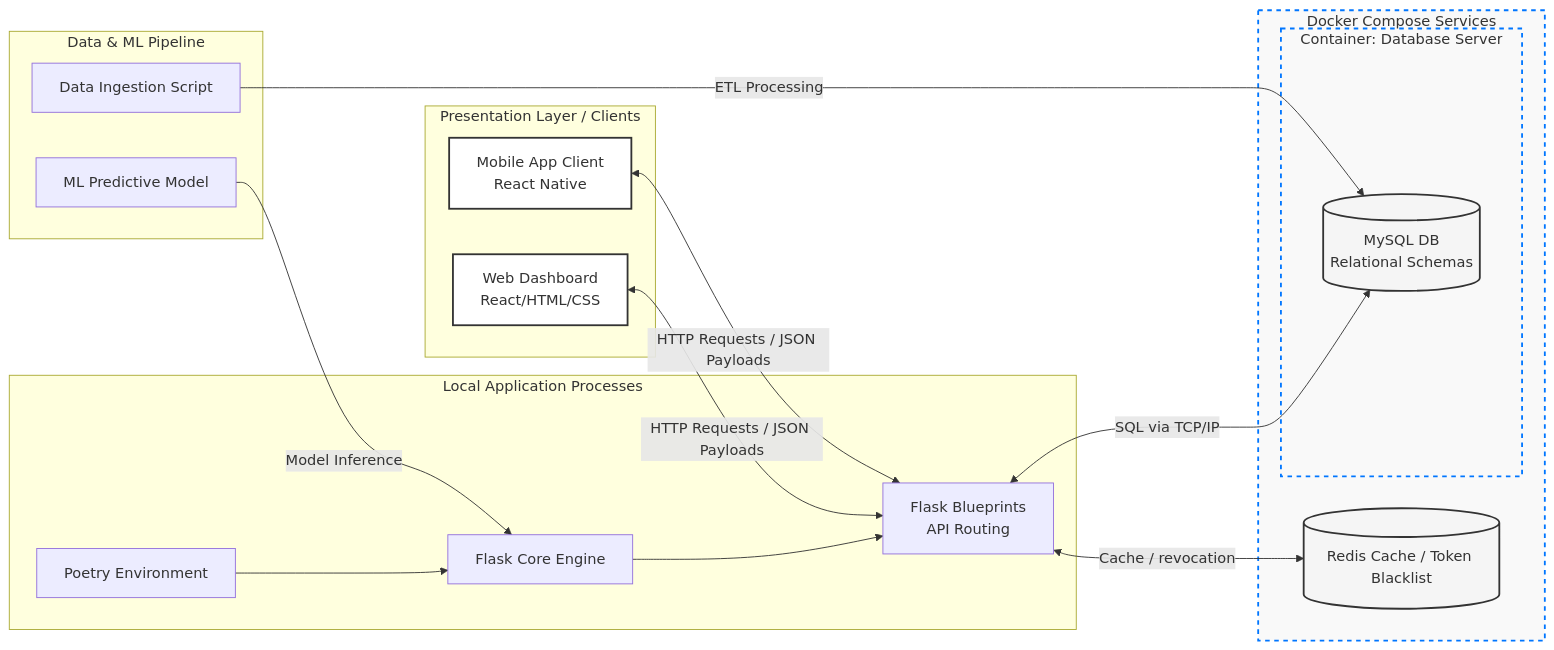
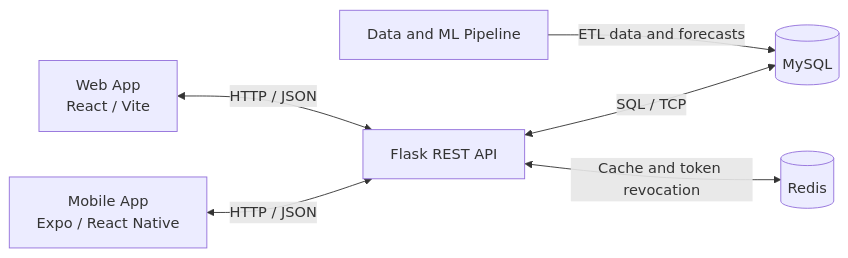
The diagram in README.md (ChingYunHsu/Group6_Summer-Project), drawn with Mermaid before and after one commit. The commit also changed other lines of this file, not shown here.

````diff
--- a/README.md
+++ b/README.md
@@ -22,41 +68,15 @@
 ```mermaid
 graph LR
-    %% Style Definitions (With Accent Borders)
-    classDef client fill:#ffffff,stroke:#333333,stroke-width:2px;
-    classDef docker fill:#f9f9f9,stroke:#0076ff,stroke-width:2px,stroke-dasharray: 5 5;
-    classDef database fill:#f5f5f5,stroke:#333333,stroke-width:2px;
+    A[Mobile App<br/>Expo / React Native]
+    B[Web App<br/>React / Vite]
+    C[Flask REST API]
+    D[(MySQL)]
+    E[(Redis)]
+    F[Data and ML Pipeline]
 
-    %% 1. Client Tier (Presentation Layer)
-    subgraph Client_Tier [Presentation Layer / Clients]
-        A[Mobile App Client <br> React Native]:::client
-        B[Web Dashboard <br> React/HTML/CSS]:::client
-    end
-
-    %% 2. Application and data services
-    subgraph Application_Tier [Local Application Processes]
-        C[Poetry Environment] --> D[Flask Core Engine]
-        D --> E[Flask Blueprints <br> API Routing]
-    end
-
-    subgraph Docker_Environment [Docker Compose Services]
-        subgraph MySQL_Container [Container: Database Server]
-        F[(MySQL DB <br> Relational Schemas)]:::database
-        end
-        R[(Redis Cache / Token Blacklist)]:::database
-    end
-
-    %% 3. Data & Analytics Pipeline (Offline / Background Process)
-    subgraph Analytics_Pipeline [Data & ML Pipeline]
-        G[Data Ingestion Script] -->|ETL Processing| F
-        H[ML Predictive Model] -->|Model Inference| D
-    end
-
-    %% Network Protocols (Communication Layer)
-    A <-->|HTTP Requests / JSON Payloads| E
-    B <-->|HTTP Requests / JSON Payloads| E
-    E <-->|SQL via TCP/IP| F
-    E <-->|Cache / revocation| R
-
-    %% Apply Styles
-    class Docker_Environment,MySQL_Container docker;
+    A <-->|HTTP / JSON| C
+    B <-->|HTTP / JSON| C
+    C <-->|SQL / TCP| D
+    C <-->|Cache and token revocation| E
+    F -->|ETL data and forecasts| D
 ```
````
